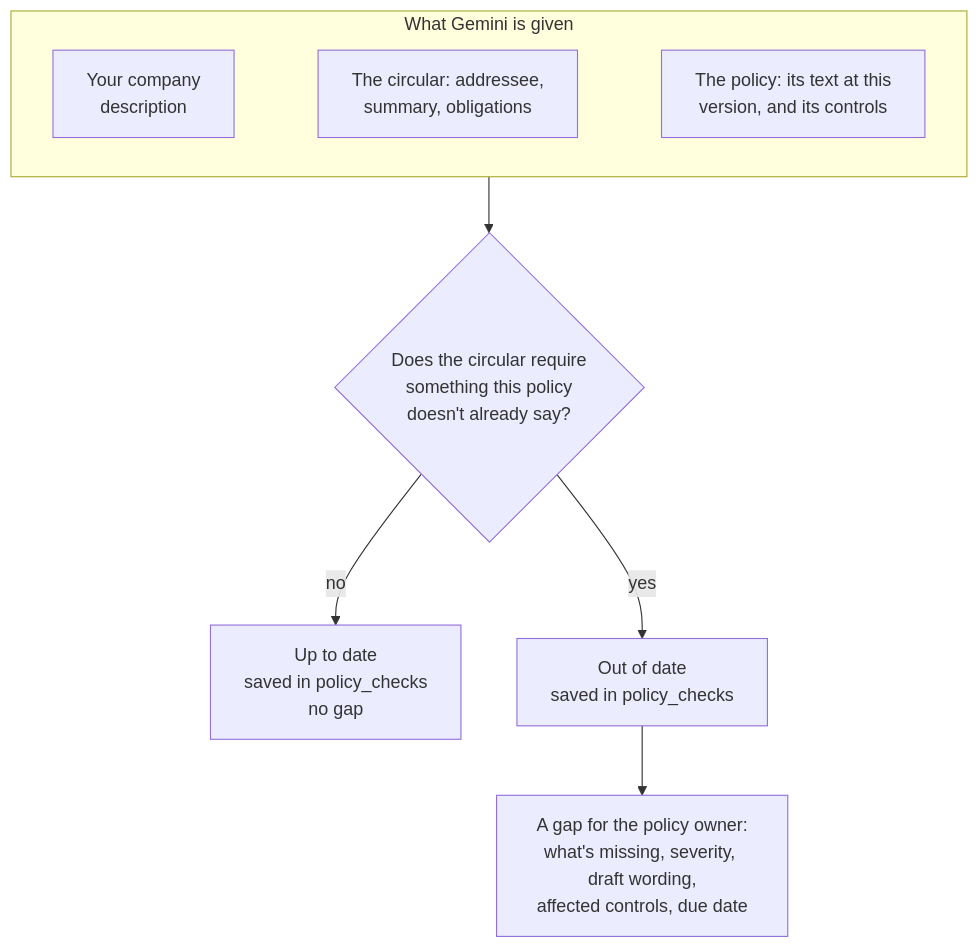
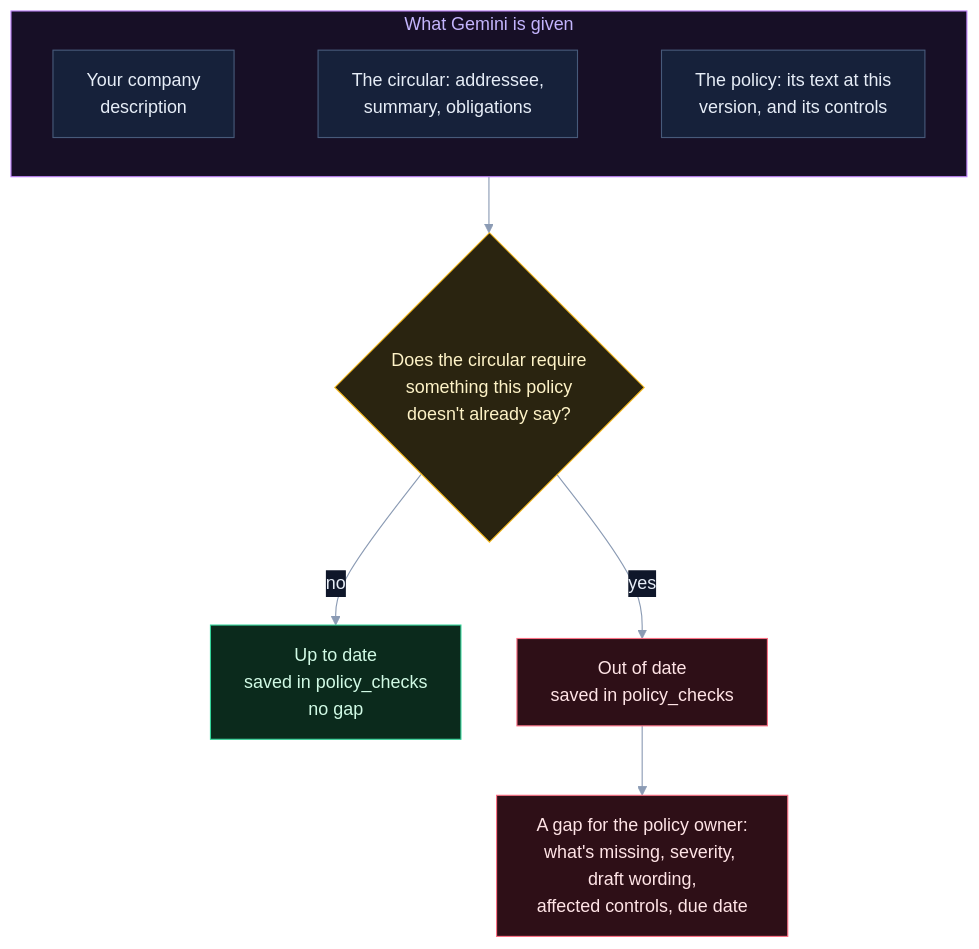
Before and after one commit to selvakumarperumal/Regulatory_Circular_Impact_Agent: diagram 12 of 21 in how_it_works.md, drawn with Mermaid. The commit also changed other lines of this file and 1 other file, not shown here.

````diff
--- a/how_it_works.md
+++ b/how_it_works.md
@@ -522,14 +673,29 @@
 ```mermaid
+%%{init: {"theme": "base", "themeVariables": {"darkMode": true, "primaryColor": "#16213a", "primaryTextColor": "#e6edf7", "primaryBorderColor": "#475a7a", "lineColor": "#8b9bb4", "secondaryColor": "#1b2436", "tertiaryColor": "#101a2e", "edgeLabelBackground": "#0f172a", "textColor": "#e2e8f0", "clusterBkg": "#0f1728", "clusterBorder": "#2b3a55", "titleColor": "#c4b5fd", "nodeTextColor": "#e6edf7"}}}%%
 flowchart TD
     subgraph input["What Gemini is given"]
         direction LR
         co["Your company<br/>description"]
         ci["The circular: addressee,<br/>summary, obligations"]
         po["The policy: its text at this<br/>version, and its controls"]
         co ~~~ ci ~~~ po
     end
     input --> q{"Does the circular require<br/>something this policy<br/>doesn't already say?"}
     q -->|no| ok["Up to date<br/>saved in policy_checks<br/>no gap"]
     q -->|yes| bad["Out of date<br/>saved in policy_checks"]
     bad --> gap["A gap for the policy owner:<br/>what's missing, severity, draft wording,<br/>affected controls, due date"]
+
+    classDef svc fill:#0e2a2c,stroke:#2dd4bf,color:#ccfbf1
+    classDef data fill:#1c1a47,stroke:#818cf8,color:#e0e7ff
+    classDef ext fill:#2a1640,stroke:#c084fc,color:#f3e8ff
+    classDef gpu fill:#2d1b0c,stroke:#fb923c,color:#ffedd5
+    classDef ask fill:#2a2410,stroke:#fbbf24,color:#fef3c7
+    classDef ok fill:#0b2a1c,stroke:#34d399,color:#d1fae5
+    classDef bad fill:#2e0f17,stroke:#fb7185,color:#ffe4e6
+    classDef start fill:#1c2a0e,stroke:#a7ef6f,color:#ecfccb
+    classDef muted fill:#1a2130,stroke:#64748b,color:#cbd5e1
+    class q ask
+    class ok ok
+    class bad,gap bad
+    style input fill:#170f26,stroke:#c084fc
 ```
````
